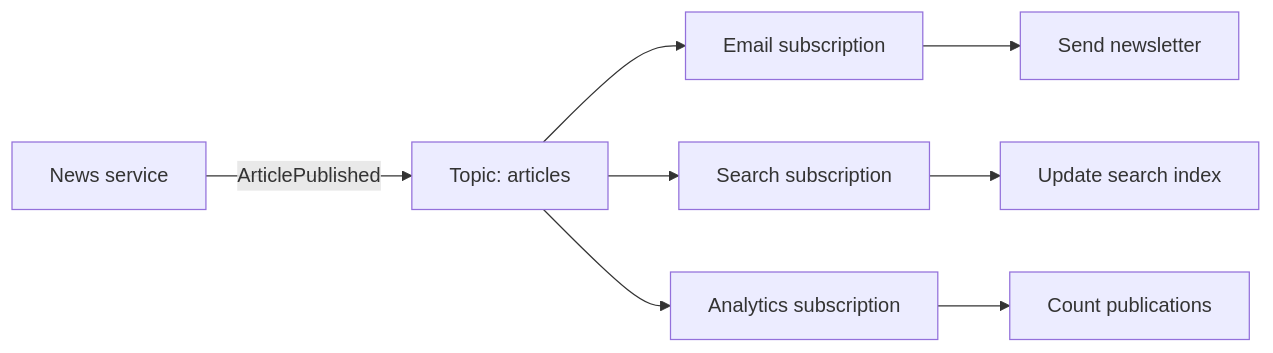
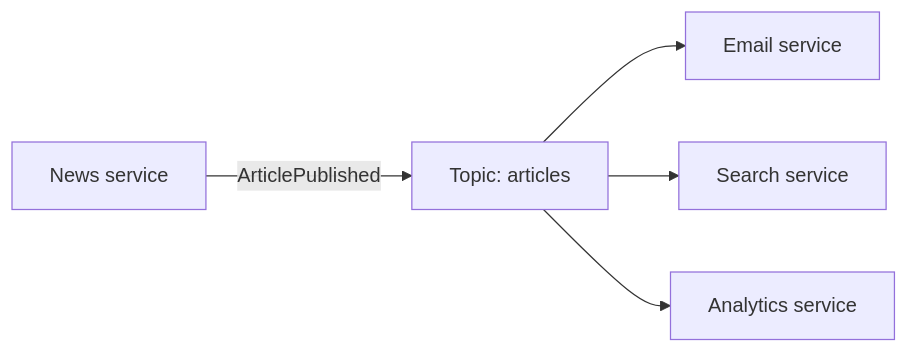
One commit to alanqi03/sys-design changed the first of 2 diagrams in connection-protocols/pub-sub.md. Above: the diagram before and after it, drawn with Mermaid. The commit also changed other lines of this file and 6 other files, not shown here.

````diff
--- a/connection-protocols/pub-sub.md
+++ b/connection-protocols/pub-sub.md
@@ -20,10 +14,7 @@
 ```{mermaid}
 flowchart LR
   P[News service] -->|ArticlePublished| T[Topic: articles]
-  T --> S1[Email subscription]
-  T --> S2[Search subscription]
-  T --> S3[Analytics subscription]
-  S1 --> E[Send newsletter]
-  S2 --> I[Update search index]
-  S3 --> A[Count publications]
+  T --> S1[Email service]
+  T --> S2[Search service]
+  T --> S3[Analytics service]
 ```
````
